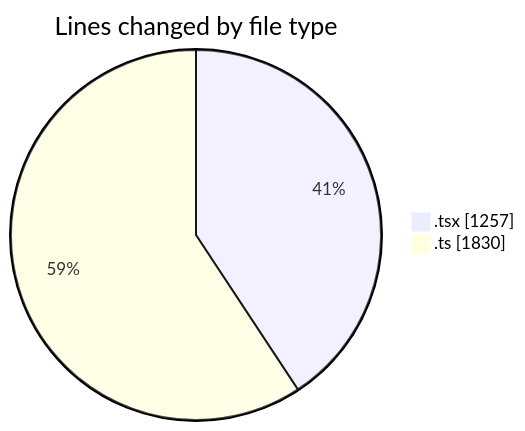
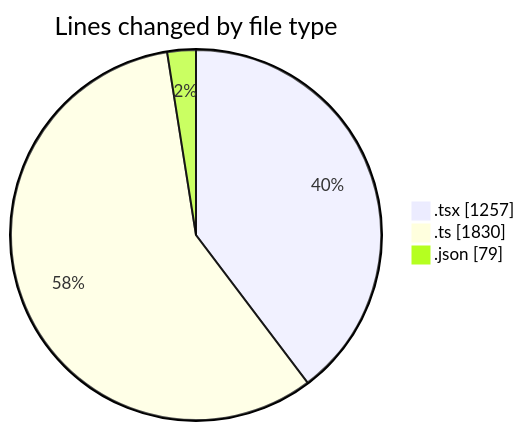
Before and after one commit to nxtqubesakshisongat/code-tracking: the first of 2 diagrams in 2026-05-03/nxtqube_webapp/README.md, drawn with Mermaid. The commit also changed other lines of this file and 1 other file, not shown here.

````diff
--- a/2026-05-03/nxtqube_webapp/README.md
+++ b/2026-05-03/nxtqube_webapp/README.md
@@ -22,6 +23,7 @@
 ```mermaid
 pie showData
 title Lines changed by file type
 ".tsx" : 1257
 ".ts" : 1830
+".json" : 79
 ```
````
